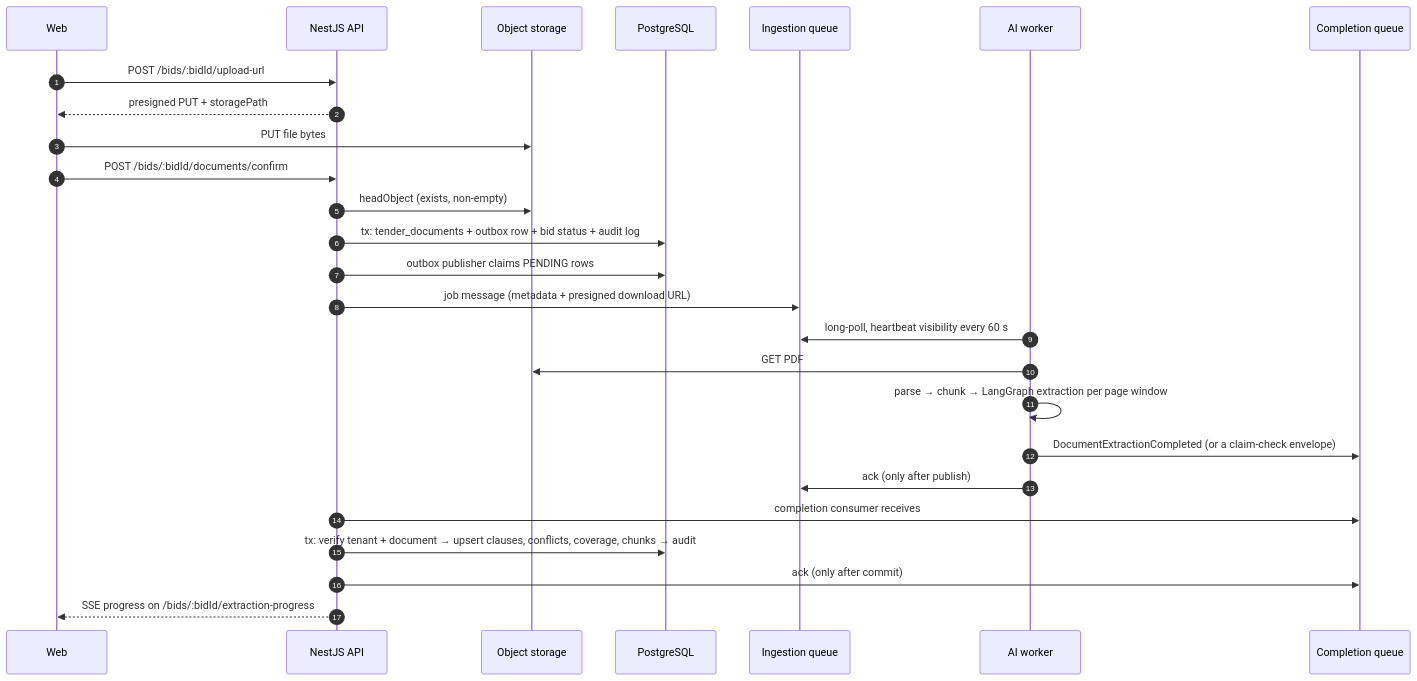
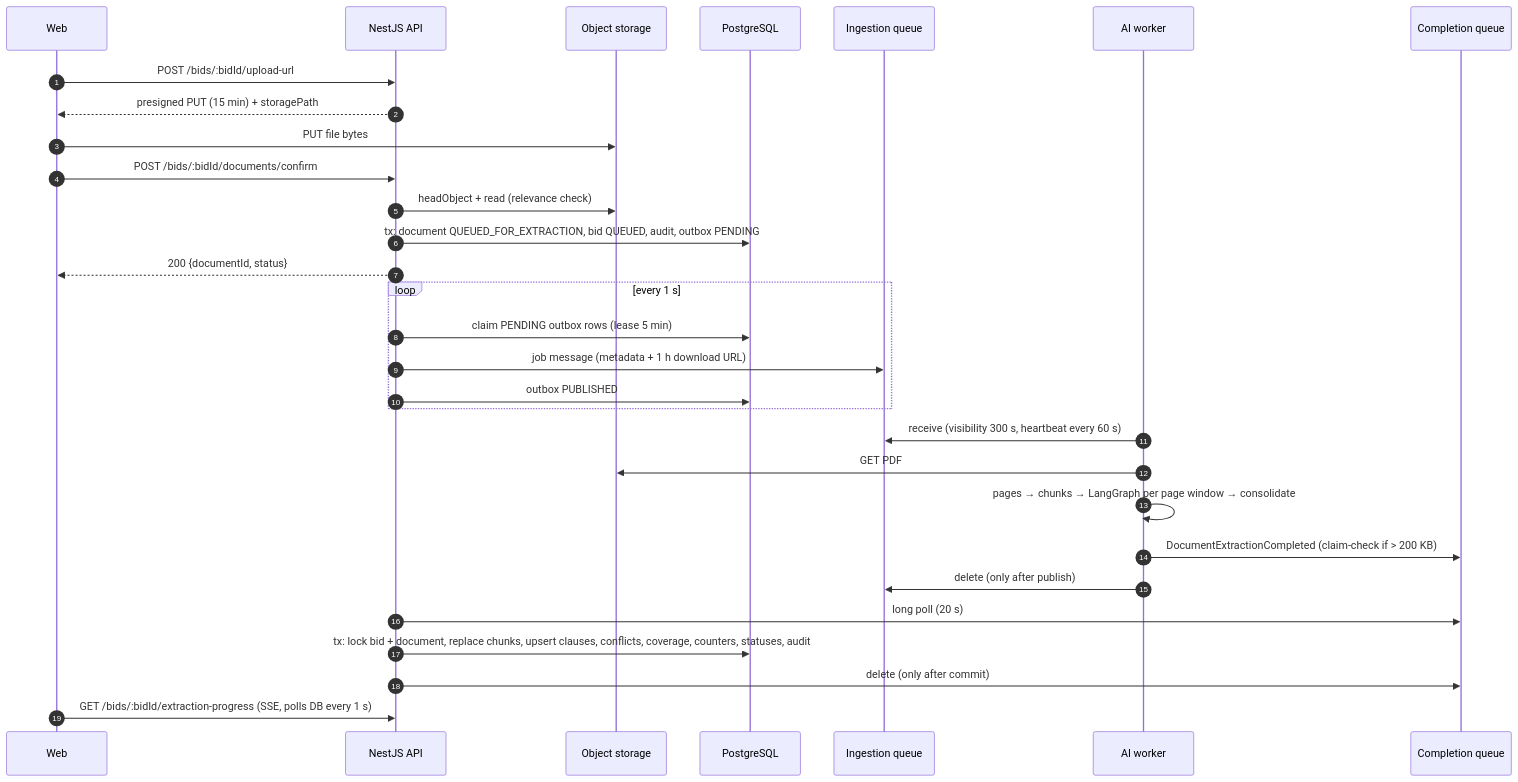
The diagram in docs/ARCHITECTURE.md (lohiya-saurabh/TenderAi), drawn with Mermaid before and after one commit. The commit also changed other lines of this file and 2 other files, not shown here.

````diff
--- a/docs/ARCHITECTURE.md
+++ b/docs/ARCHITECTURE.md
@@ -57,29 +146,33 @@
 ```mermaid
 sequenceDiagram
     autonumber
     participant Web
     participant API as NestJS API
     participant S3 as Object storage
     participant DB as PostgreSQL
     participant IQ as Ingestion queue
     participant AI as AI worker
     participant CQ as Completion queue
 
     Web->>API: POST /bids/:bidId/upload-url
-    API-->>Web: presigned PUT + storagePath
+    API-->>Web: presigned PUT (15 min) + storagePath
     Web->>S3: PUT file bytes
     Web->>API: POST /bids/:bidId/documents/confirm
-    API->>S3: headObject (exists, non-empty)
-    API->>DB: tx: tender_documents + outbox row + bid status + audit log
-    API->>DB: outbox publisher claims PENDING rows
-    API->>IQ: job message (metadata + presigned download URL)
-    AI->>IQ: long-poll, heartbeat visibility every 60 s
+    API->>S3: headObject + read (relevance check)
+    API->>DB: tx: document QUEUED_FOR_EXTRACTION, bid QUEUED, audit, outbox PENDING
+    API-->>Web: 200 {documentId, status}
+    loop every 1 s
+        API->>DB: claim PENDING outbox rows (lease 5 min)
+        API->>IQ: job message (metadata + 1 h download URL)
+        API->>DB: outbox PUBLISHED
+    end
+    AI->>IQ: receive (visibility 300 s, heartbeat every 60 s)
     AI->>S3: GET PDF
-    AI->>AI: parse → chunk → LangGraph extraction per page window
-    AI->>CQ: DocumentExtractionCompleted (or a claim-check envelope)
-    AI->>IQ: ack (only after publish)
-    API->>CQ: completion consumer receives
-    API->>DB: tx: verify tenant + document → upsert clauses, conflicts, coverage, chunks → audit
-    API->>CQ: ack (only after commit)
-    API-->>Web: SSE progress on /bids/:bidId/extraction-progress
+    AI->>AI: pages → chunks → LangGraph per page window → consolidate
+    AI->>CQ: DocumentExtractionCompleted (claim-check if > 200 KB)
+    AI->>IQ: delete (only after publish)
+    API->>CQ: long poll (20 s)
+    API->>DB: tx: lock bid + document, replace chunks, upsert clauses, conflicts, coverage, counters, statuses, audit
+    API->>CQ: delete (only after commit)
+    Web->>API: GET /bids/:bidId/extraction-progress (SSE, polls DB every 1 s)
 ```
````
